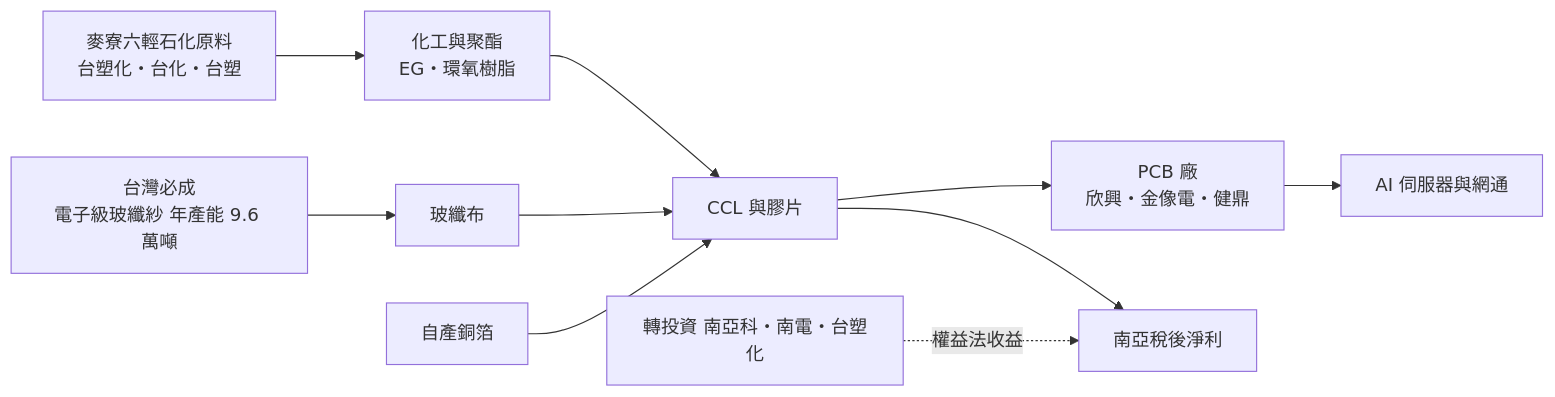
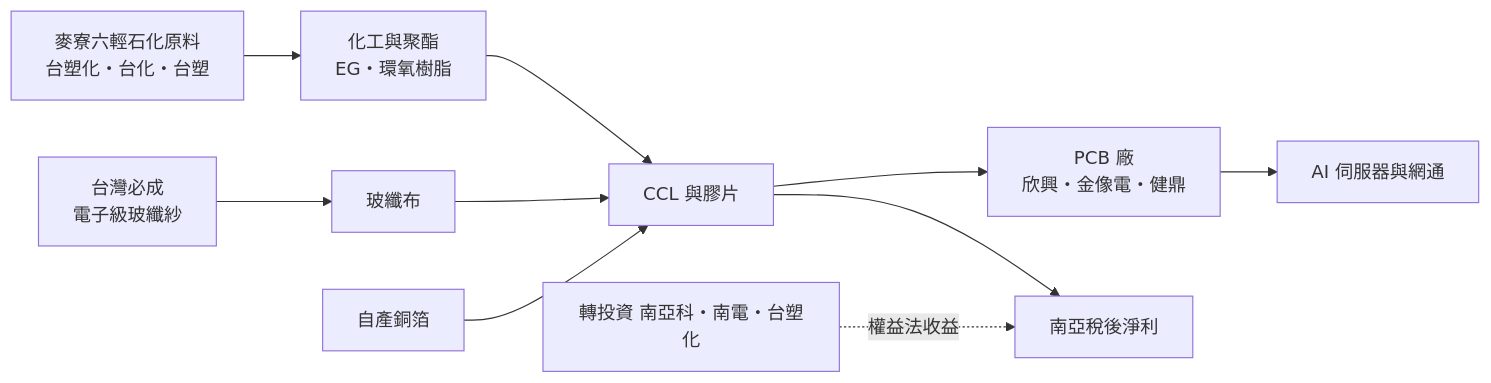
The second of 4 diagrams in 個股/台股/1303南亞.md (wangnick1004/taiwan-stock-vault), drawn with Mermaid before and after one commit. The commit also changed other lines of this file and 27 other files, not shown here.

````diff
--- a/個股/台股/1303南亞.md
+++ b/個股/台股/1303南亞.md
@@ -73,12 +68,12 @@
 ```mermaid
 flowchart LR
     A[麥寮六輕石化原料<br/>台塑化・台化・台塑] --> B[化工與聚酯<br/>EG・環氧樹脂]
-    C[台灣必成<br/>電子級玻纖紗 年產能 9.6 萬噸] --> D[玻纖布]
+    C[台灣必成<br/>電子級玻纖紗] --> D[玻纖布]
     B --> E[CCL 與膠片]
     D --> E
     F[自產銅箔] --> E
     E --> G[PCB 廠<br/>欣興・金像電・健鼎]
     G --> H[AI 伺服器與網通]
     I[轉投資 南亞科・南電・台塑化] -. 權益法收益 .-> J[南亞稅後淨利]
     E --> J
 ```
````
